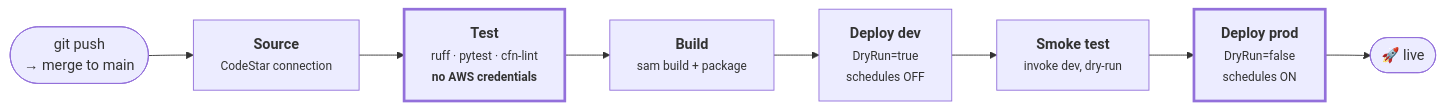
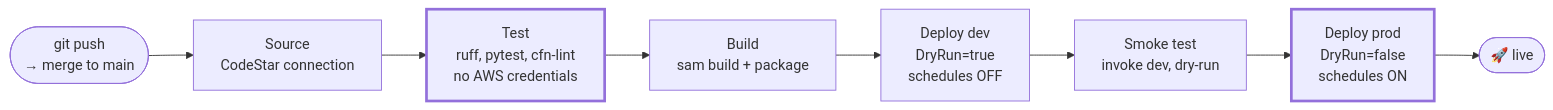
One commit to MasonGallagher/FplBot changed diagram 11 of 12 in docs/DIAGRAMS.md. Above: the diagram before and after it, drawn with Mermaid. The commit also changed other lines of this file and 1 other file, not shown here.

````diff
--- a/docs/DIAGRAMS.md
+++ b/docs/DIAGRAMS.md
@@ -377,13 +441,13 @@
 ```mermaid
 flowchart LR
-    DEV(["git push<br/>→ merge to main"]) --> SRC["<b>Source</b><br/><small>CodeStar connection</small>"]
-    SRC --> TEST["<b>Test</b><br/><small>ruff · pytest · cfn-lint<br/><b>no AWS credentials</b></small>"]
-    TEST --> BUILD["<b>Build</b><br/><small>sam build + package</small>"]
-    BUILD --> DD["<b>Deploy dev</b><br/><small>DryRun=true<br/>schedules OFF</small>"]
-    DD --> SMOKE["<b>Smoke test</b><br/><small>invoke dev, dry-run</small>"]
-    SMOKE --> DP["<b>Deploy prod</b><br/><small>DryRun=false<br/>schedules ON</small>"]
+    DEV(["git push<br/>→ merge to main"]) --> SRC["Source<br/>CodeStar connection"]
+    SRC --> TEST["Test<br/>ruff, pytest, cfn-lint<br/>no AWS credentials"]
+    TEST --> BUILD["Build<br/>sam build + package"]
+    BUILD --> DD["Deploy dev<br/>DryRun=true<br/>schedules OFF"]
+    DD --> SMOKE["Smoke test<br/>invoke dev, dry-run"]
+    SMOKE --> DP["Deploy prod<br/>DryRun=false<br/>schedules ON"]
     DP --> LIVE(["🚀 live"])
 
     classDef emphasis stroke-width:3px
     class TEST,DP emphasis
 ```
````
